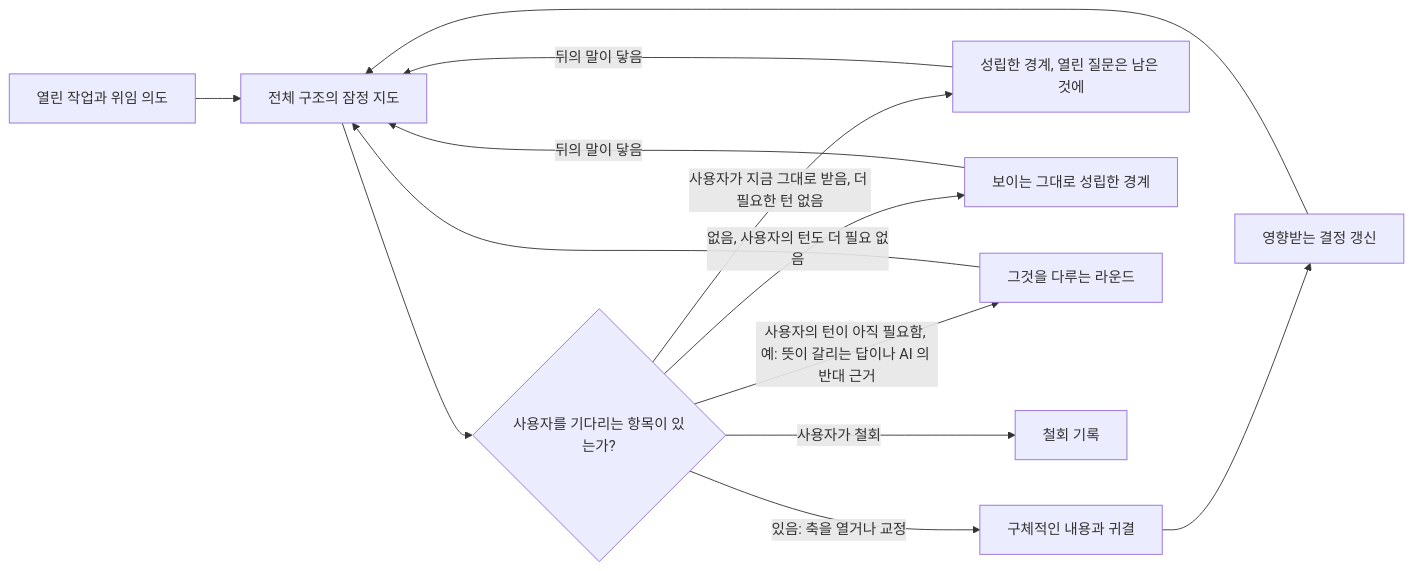
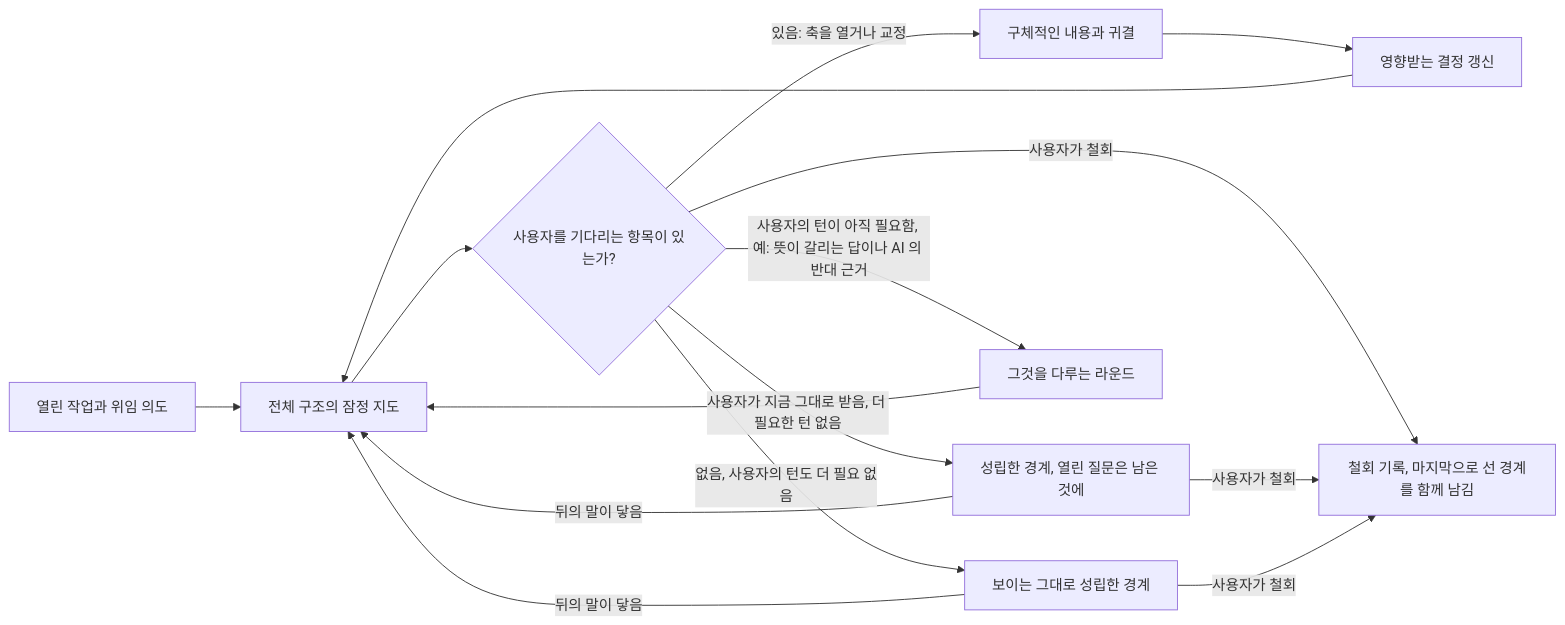
Before and after one commit to jongwony/epistemic-protocols: the diagram in horismos/README_ko.md, drawn with Mermaid. The commit also changed other lines of this file and 2 other files, not shown here.

First paragraph of the commit message:
fix(horismos): 리뷰 10라운드 — 서는 턴은 사람이 덮지 않은 반대 근거를 처음 보이지 않고 같은 경계가 다시 서도 다음 수를 다시 돌리지 않으며, 남은 것의 배치는 출처를 싣는다 (ROO-108)
PR #1006 `/review-loop` 10라운드(79bdaf9d 기준; codex approve, /code-review xhigh 지적 10)의 적용.

````diff
--- a/horismos/README_ko.md
+++ b/horismos/README_ko.md
@@ -9,15 +9,17 @@
 ```mermaid
 flowchart LR
     A[열린 작업과 위임 의도] --> B[전체 구조의 잠정 지도]
     B --> C{사용자를 기다리는 항목이 있는가?}
     C -->|있음: 축을 열거나 교정| D[구체적인 내용과 귀결]
     D --> E[영향받는 결정 갱신]
     E --> B
     C -->|사용자가 지금 그대로 받음, 더 필요한 턴 없음| F[성립한 경계, 열린 질문은 남은 것에]
     C -->|없음, 사용자의 턴도 더 필요 없음| G[보이는 그대로 성립한 경계]
     C -->|사용자의 턴이 아직 필요함, 예: 뜻이 갈리는 답이나 AI 의 반대 근거| H[그것을 다루는 라운드]
     H --> B
-    C -->|사용자가 철회| W[철회 기록]
+    C -->|사용자가 철회| W[철회 기록, 마지막으로 선 경계를 함께 남김]
     F -->|뒤의 말이 닿음| B
     G -->|뒤의 말이 닿음| B
+    F -->|사용자가 철회| W
+    G -->|사용자가 철회| W
 ```
````
